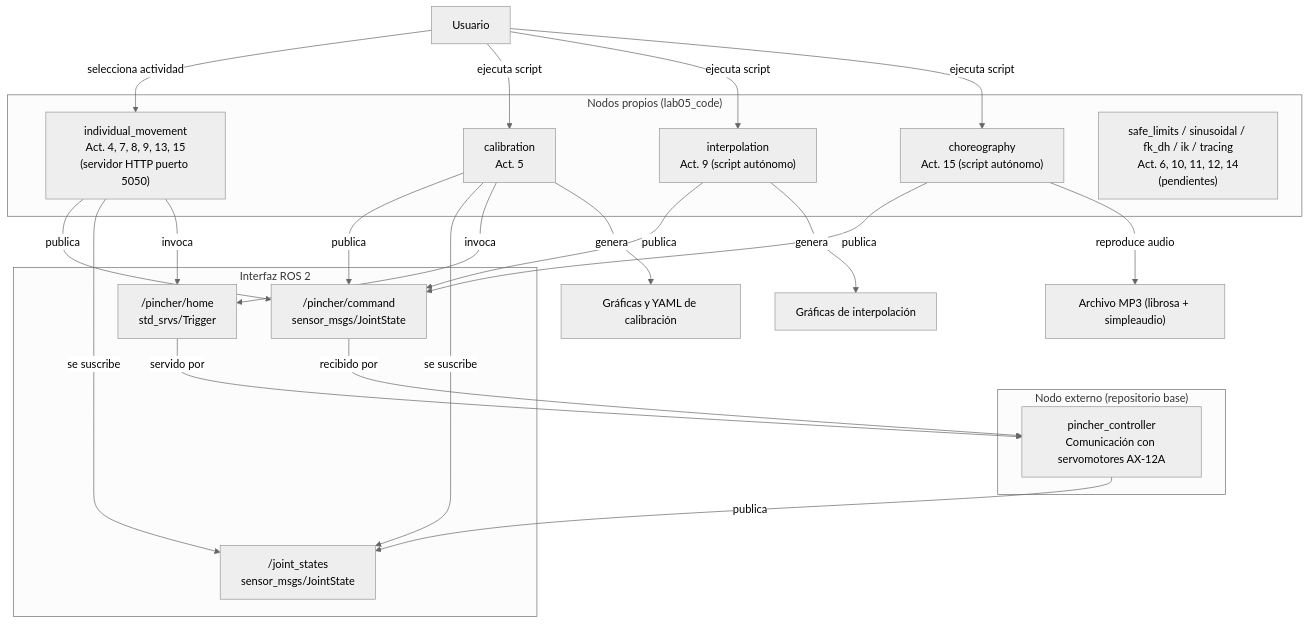
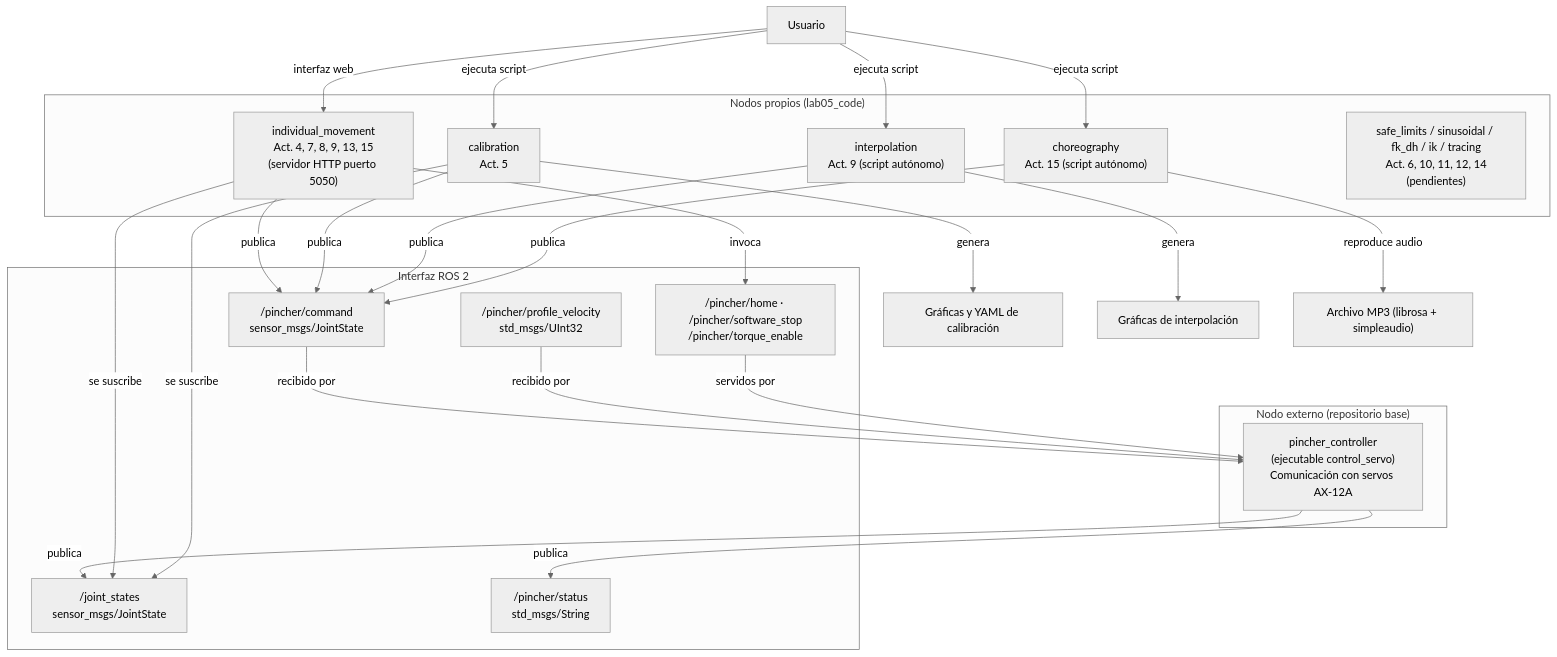
One commit to labsir-un/Robotica-2026-I-Equipo-2E-Mora-Pacheco-Pinilla changed the first of 6 diagrams in Laboratorio No. 06 - Robótica de Desarrollo ROS Jazzy y Control Servovisual/README.MD. Above: the diagram before and after it, drawn with Mermaid (neutral theme). The commit also changed other lines of this file, not shown here.

````diff
--- a/Laboratorio No. 06 - Robótica de Desarrollo ROS Jazzy y Control Servovisual/README.MD
+++ b/Laboratorio No. 06 - Robótica de Desarrollo ROS Jazzy y Control Servovisual/README.MD
@@ -267,44 +297,47 @@
 ```mermaid
 flowchart TD
     subgraph EXT["Nodo externo (repositorio base)"]
-        PC["pincher_controller<br/>Comunicación con servomotores AX-12A"]
+        PC["pincher_controller<br/>(ejecutable control_servo)<br/>Comunicación con servos AX-12A"]
     end
 
     subgraph ROS["Interfaz ROS 2"]
         JS["/joint_states<br/>sensor_msgs/JointState"]
+        ST["/pincher/status<br/>std_msgs/String"]
         CMD["/pincher/command<br/>sensor_msgs/JointState"]
-        HOME["/pincher/home<br/>std_srvs/Trigger"]
+        VEL["/pincher/profile_velocity<br/>std_msgs/UInt32"]
+        HOME["/pincher/home · /pincher/software_stop<br/>/pincher/torque_enable"]
     end
 
     PC -- publica --> JS
+    PC -- publica --> ST
     CMD -- recibido por --> PC
-    HOME -- servido por --> PC
+    VEL -- recibido por --> PC
+    HOME -- servidos por --> PC
 
     subgraph NODOS["Nodos propios (lab05_code)"]
         IM["individual_movement<br/>Act. 4, 7, 8, 9, 13, 15<br/>(servidor HTTP puerto 5050)"]
         CAL["calibration<br/>Act. 5"]
         INTERP["interpolation<br/>Act. 9 (script autónomo)"]
         DANCE["choreography<br/>Act. 15 (script autónomo)"]
         PEND["safe_limits / sinusoidal / fk_dh / ik / tracing<br/>Act. 6, 10, 11, 12, 14<br/>(pendientes)"]
     end
 
     IM -- publica --> CMD
     IM -- se suscribe --> JS
     IM -- invoca --> HOME
 
     CAL -- publica --> CMD
     CAL -- se suscribe --> JS
-    CAL -- invoca --> HOME
     CAL -- genera --> RES["Gráficas y YAML de calibración"]
 
     INTERP -- publica --> CMD
     INTERP -- genera --> PLOTS["Gráficas de interpolación"]
 
     DANCE -- publica --> CMD
     DANCE -- reproduce audio --> AUDIO["Archivo MP3 (librosa + simpleaudio)"]
 
-    USER["Usuario"] -- selecciona actividad --> IM
+    USER["Usuario"] -- interfaz web --> IM
     USER -- ejecuta script --> CAL
     USER -- ejecuta script --> INTERP
     USER -- ejecuta script --> DANCE
 ```
````
